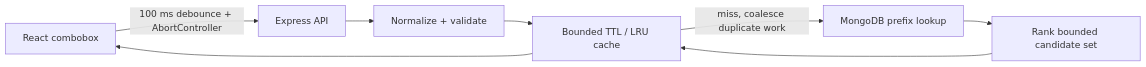
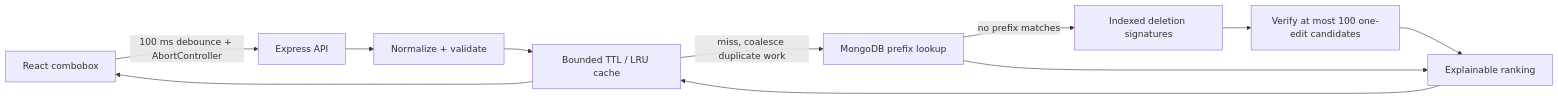
The diagram in README.md (MathewFan/low-latency-autocomplete), drawn with Mermaid before and after one commit. The commit also changed other lines of this file and 18 other files, not shown here.

````diff
--- a/README.md
+++ b/README.md
@@ -50,10 +57,13 @@
 ```mermaid
 flowchart LR
     A[React combobox] -->|100 ms debounce + AbortController| B[Express API]
     B --> C[Normalize + validate]
     C --> D[Bounded TTL / LRU cache]
     D -->|miss, coalesce duplicate work| E[MongoDB prefix lookup]
-    E --> F[Rank bounded candidate set]
+    E -->|no prefix matches| G[Indexed deletion signatures]
+    G --> H[Verify at most 100 one-edit candidates]
+    H --> F[Explainable ranking]
+    E --> F
     F --> D
     D --> A
 ```
````
